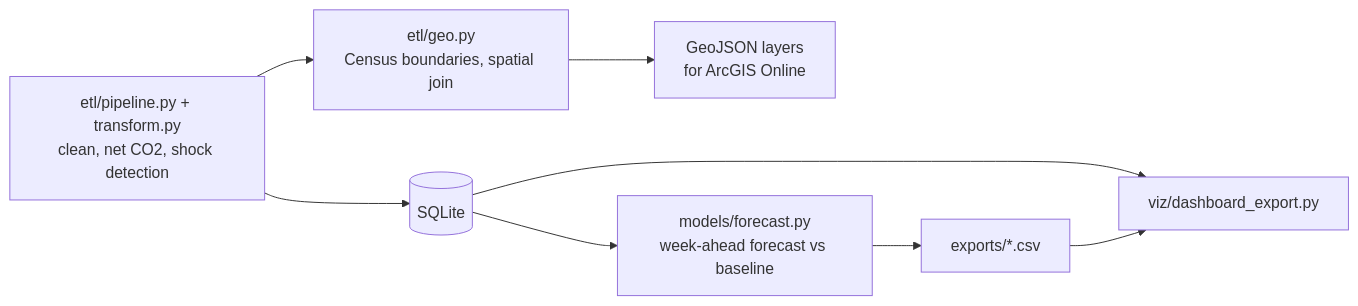
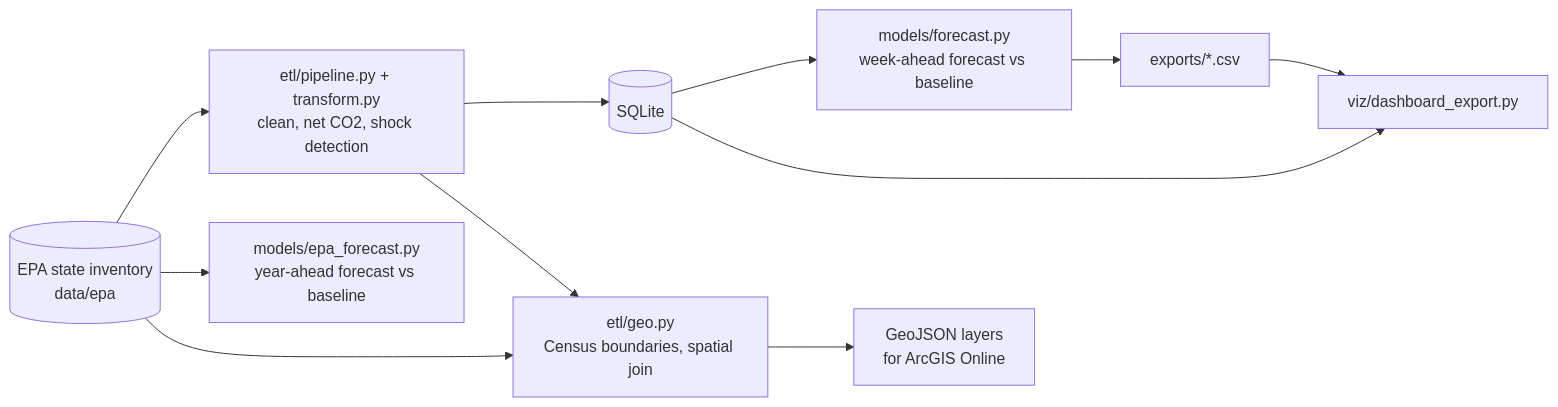
The diagram in README.md (Deshraj-Jogiya/Multi-State-Land-Use-Emissions-Analysis), drawn with Mermaid before and after one commit. The commit also changed other lines of this file and 17 other files, not shown here.

First line of the commit message:
Use the EPA state land-use inventory for emission factors, a real-data forecast and the state layer

````diff
--- a/README.md
+++ b/README.md
@@ -38,9 +46,12 @@
 ```mermaid
 flowchart LR
     E[etl/pipeline.py + transform.py<br/>clean, net CO2, shock detection] --> DB[(SQLite)]
     E --> G[etl/geo.py<br/>Census boundaries, spatial join] --> GJ[GeoJSON layers<br/>for ArcGIS Online]
+    EPA[(EPA state inventory<br/>data/epa)] --> E
+    EPA --> EF[models/epa_forecast.py<br/>year-ahead forecast vs baseline]
+    EPA --> G
     DB --> F[models/forecast.py<br/>week-ahead forecast vs baseline]
     F --> X[exports/*.csv]
     DB --> V[viz/dashboard_export.py]
     X --> V
 ```
````
